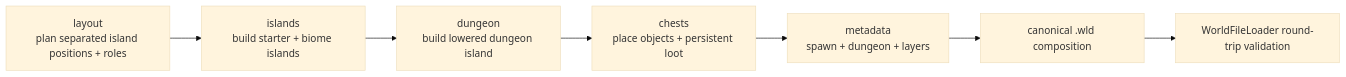
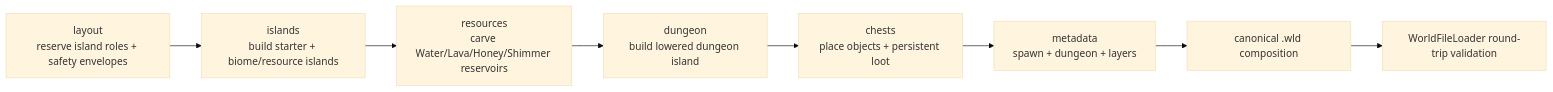
Before and after one commit to VegaKernel/TerraRuntime: the first of 3 diagrams in docs/en/skyblock-world-generation.md, drawn with Mermaid (base theme). The commit also changed other lines of this file and 5 other files, not shown here.

````diff
--- a/docs/en/skyblock-world-generation.md
+++ b/docs/en/skyblock-world-generation.md
@@ -13,9 +13,10 @@
 ```mermaid
 flowchart LR
-    Layout["layout\nplan separated island positions + roles"] --> Islands["islands\nbuild starter + biome islands"]
-    Islands --> Dungeon["dungeon\nbuild lowered dungeon island"]
+    Layout["layout\nreserve island roles + safety envelopes"] --> Islands["islands\nbuild starter + biome/resource islands"]
+    Islands --> Resources["resources\ncarve Water/Lava/Honey/Shimmer reservoirs"]
+    Resources --> Dungeon["dungeon\nbuild lowered dungeon island"]
     Dungeon --> Chests["chests\nplace objects + persistent loot"]
     Chests --> Metadata["metadata\nspawn + dungeon + layers"]
     Metadata --> Compose["canonical .wld composition"]
     Compose --> Validate["WorldFileLoader round-trip validation"]
 ```
````
